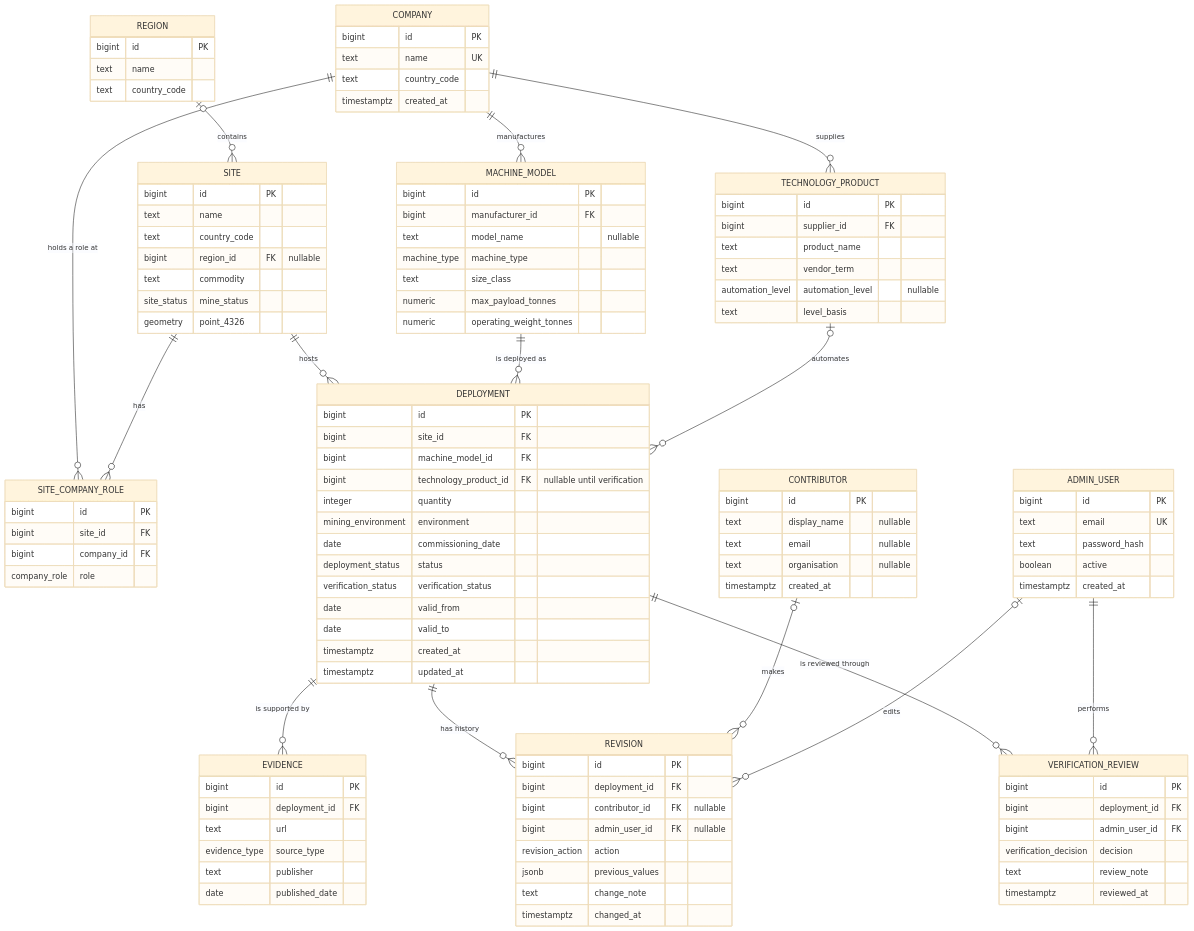
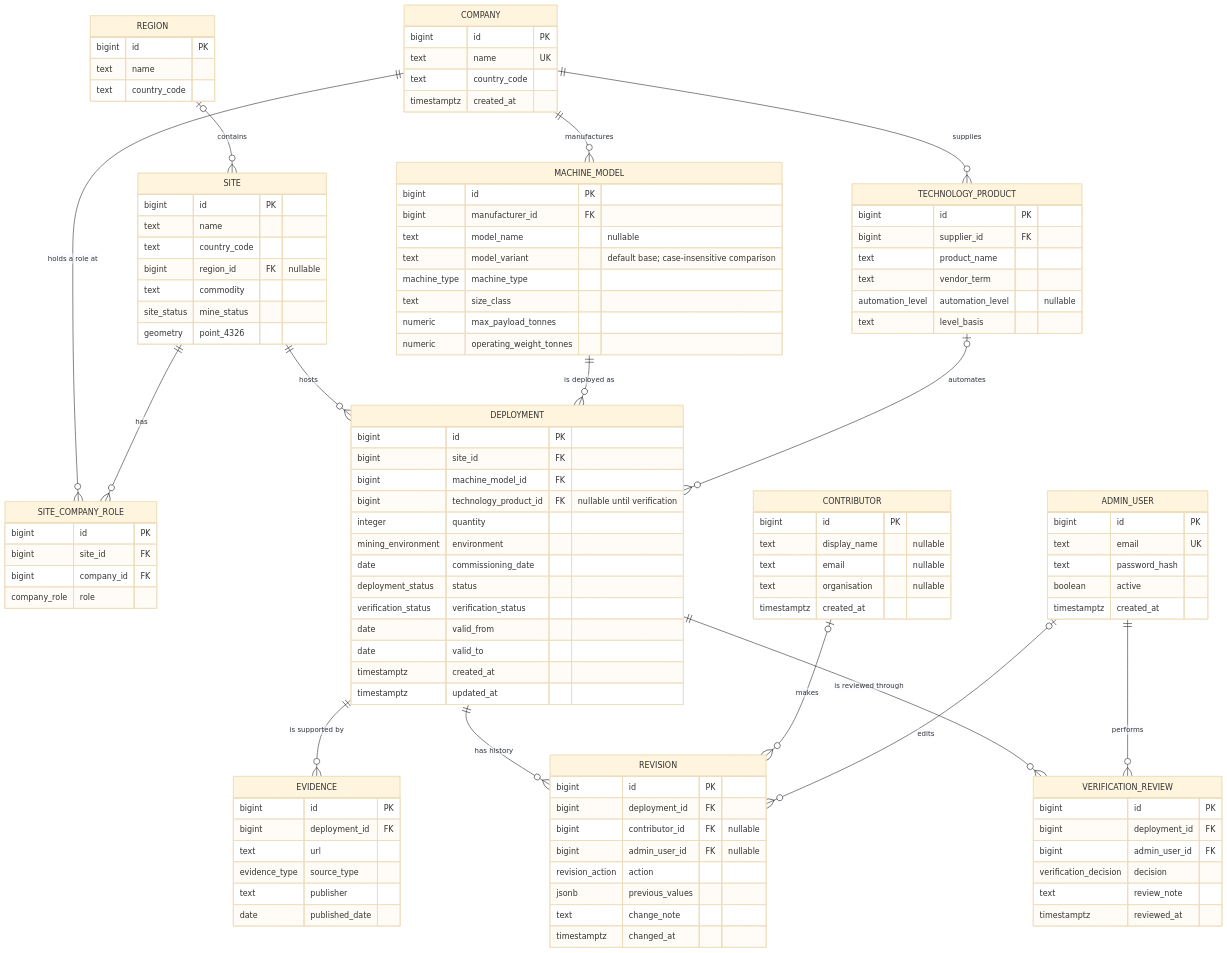
One commit to zinken7/capstone-group-5 changed the diagram in docs/database/ERD.md. Above: the diagram before and after it, drawn with Mermaid (base theme). The commit also changed other lines of this file, not shown here.

First line of the commit message:
Update MACHINE_MODEL with model_variant field

````diff
--- a/docs/database/ERD.md
+++ b/docs/database/ERD.md
@@ -62,6 +62,7 @@
         bigint id PK
         bigint manufacturer_id FK
         text model_name "nullable"
+        text model_variant "default base; case-insensitive comparison"
         machine_type machine_type
         text size_class
         numeric max_payload_tonnes
@@ -130,4 +131,5 @@
         text change_note
         timestamptz changed_at
     }
+
 ```
````
